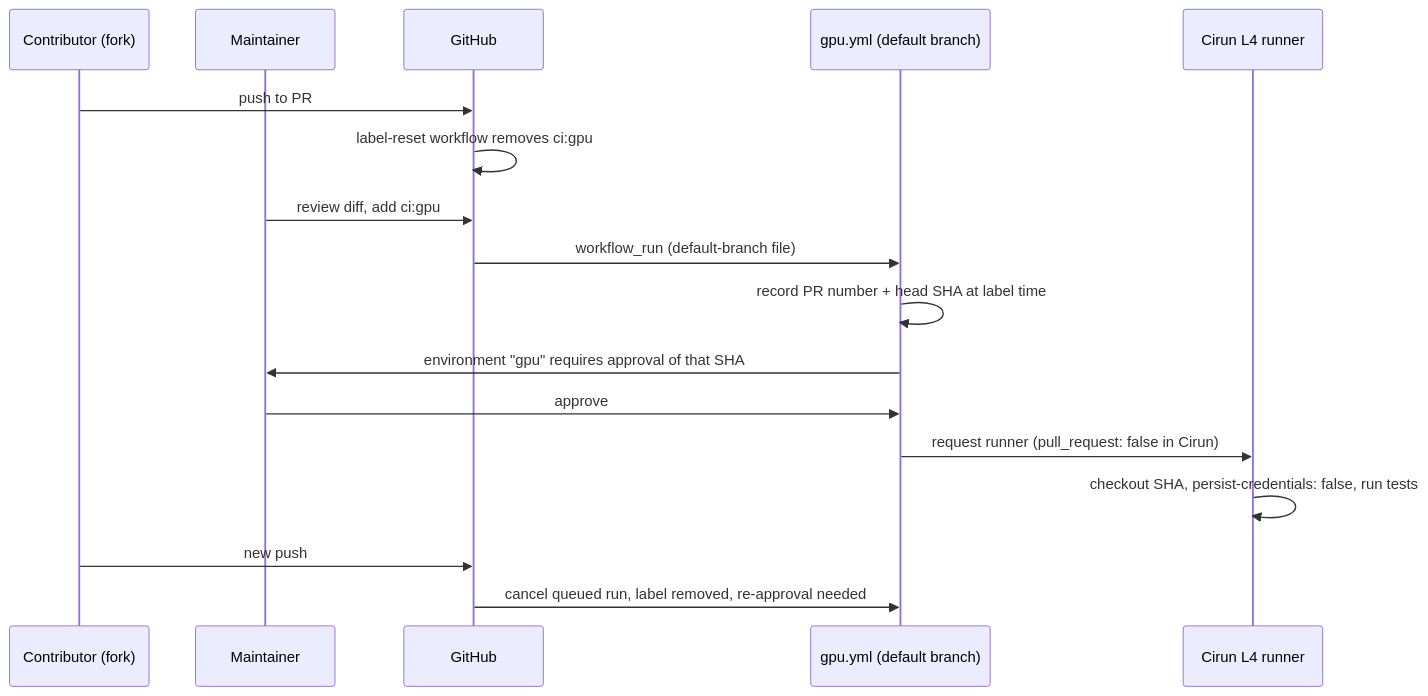
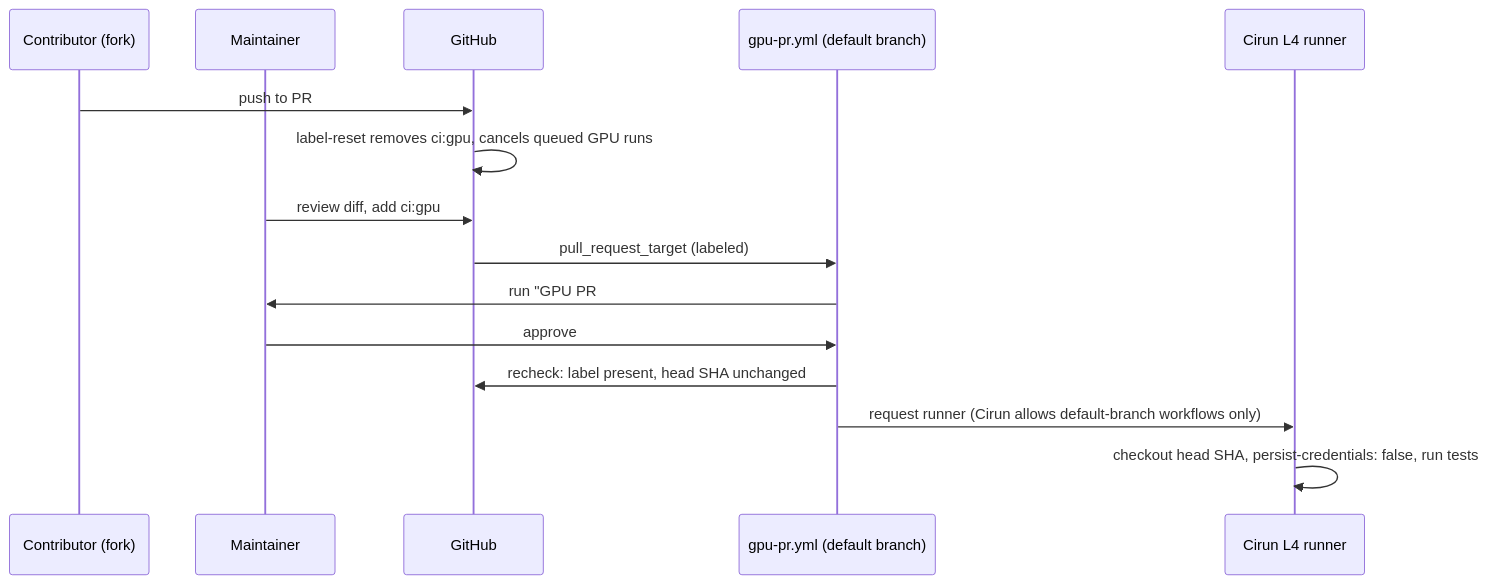
Before and after one commit to OstiaHQ/ostia: the second of 2 diagrams in docs/rfcs/0001-m0-foundations.md, drawn with Mermaid. The commit also changed other lines of this file and 3 other files, not shown here.

````diff
--- a/docs/rfcs/0001-m0-foundations.md
+++ b/docs/rfcs/0001-m0-foundations.md
@@ -286,19 +295,17 @@
 ```mermaid
 sequenceDiagram
     participant C as Contributor (fork)
     participant M as Maintainer
     participant GH as GitHub
-    participant W as gpu.yml (default branch)
+    participant W as gpu-pr.yml (default branch)
     participant R as Cirun L4 runner
     C->>GH: push to PR
-    GH->>GH: label-reset workflow removes ci:gpu
+    GH->>GH: label-reset removes ci:gpu, cancels queued GPU runs
     M->>GH: review diff, add ci:gpu
-    GH->>W: workflow_run (default-branch file)
-    W->>W: record PR number + head SHA at label time
-    W->>M: environment "gpu" requires approval of that SHA
+    GH->>W: pull_request_target (labeled)
+    W->>M: run "GPU PR #N @ sha" waits for environment gpu-pr approval
     M->>W: approve
-    W->>R: request runner (pull_request: false in Cirun)
-    R->>R: checkout SHA, persist-credentials: false, run tests
-    C->>GH: new push
-    GH->>W: cancel queued run, label removed, re-approval needed
+    W->>GH: recheck: label present, head SHA unchanged
+    W->>R: request runner (Cirun allows default-branch workflows only)
+    R->>R: checkout head SHA, persist-credentials: false, run tests
 ```
````
